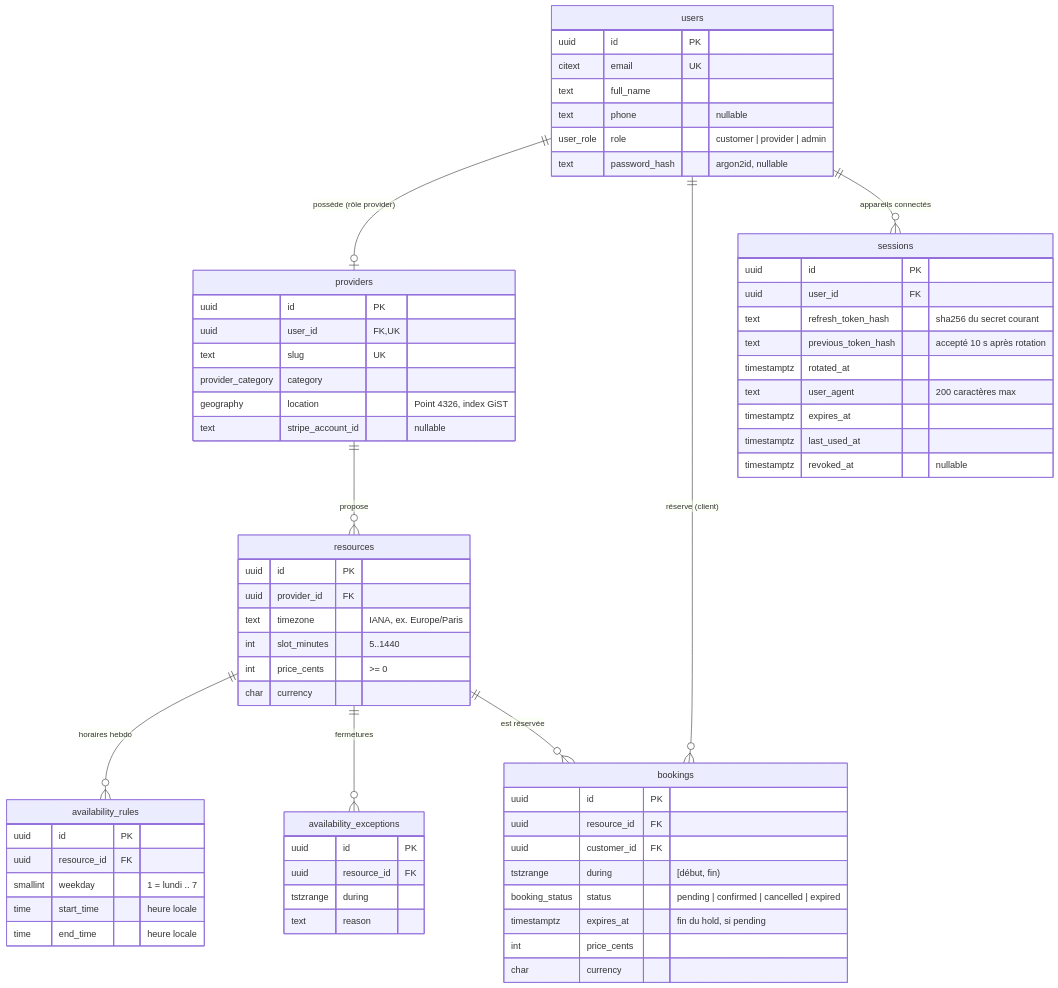
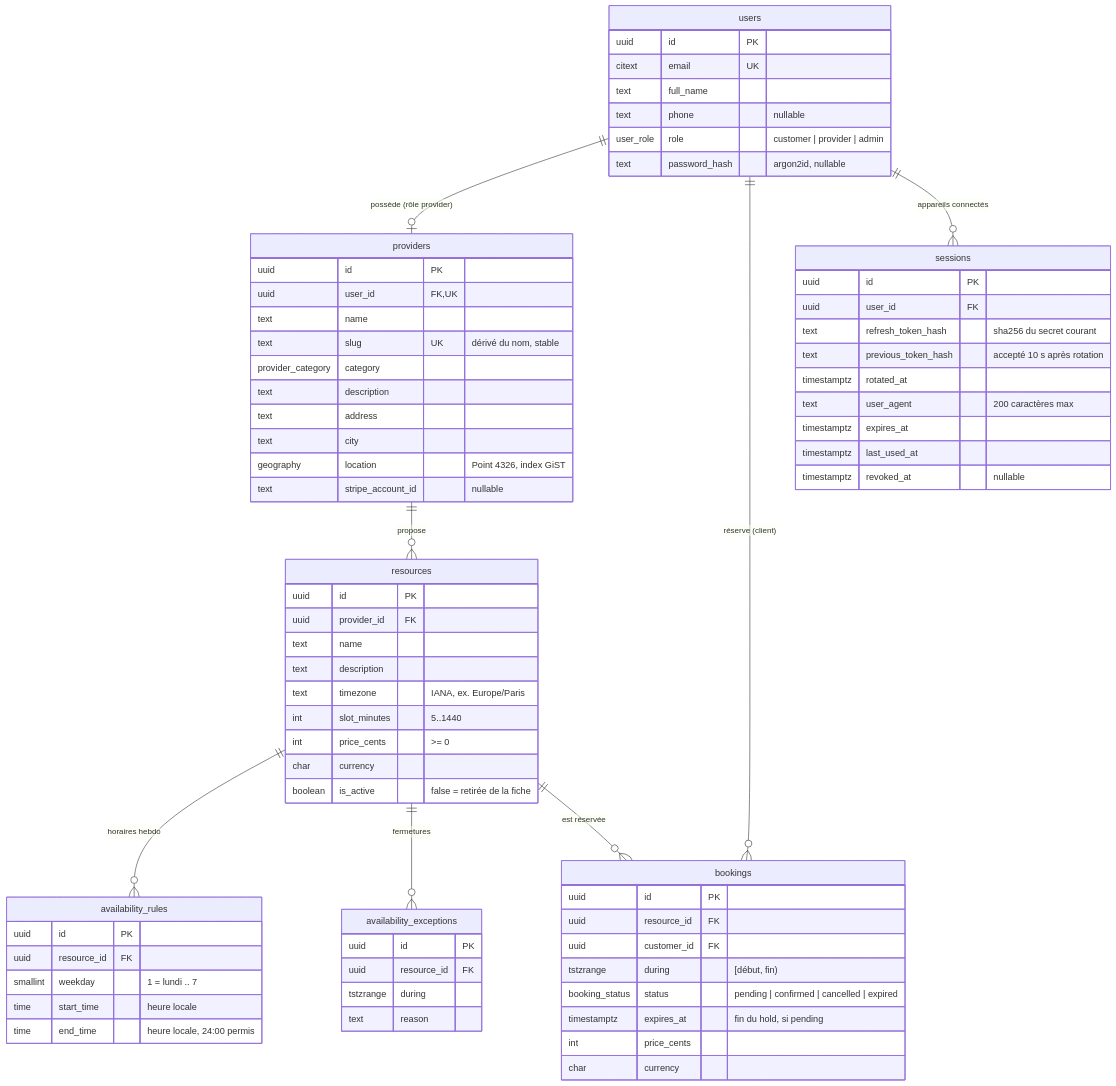
One commit to KasselFelix/Creno changed the diagram in docs/schema.md. Above: the diagram before and after it, drawn with Mermaid. The commit also changed other lines of this file and 3 other files, not shown here.

````diff
--- a/docs/schema.md
+++ b/docs/schema.md
@@ -5,69 +5,76 @@
 ```mermaid
 erDiagram
   users ||--o| providers : "possède (rôle provider)"
   users ||--o{ bookings : "réserve (client)"
   users ||--o{ sessions : "appareils connectés"
   providers ||--o{ resources : propose
   resources ||--o{ availability_rules : "horaires hebdo"
   resources ||--o{ availability_exceptions : fermetures
   resources ||--o{ bookings : "est réservée"
 
   users {
     uuid id PK
     citext email UK
     text full_name
     text phone "nullable"
     user_role role "customer | provider | admin"
     text password_hash "argon2id, nullable"
   }
   sessions {
     uuid id PK
     uuid user_id FK
     text refresh_token_hash "sha256 du secret courant"
     text previous_token_hash "accepté 10 s après rotation"
     timestamptz rotated_at
     text user_agent "200 caractères max"
     timestamptz expires_at
     timestamptz last_used_at
     timestamptz revoked_at "nullable"
   }
   providers {
     uuid id PK
     uuid user_id FK,UK
-    text slug UK
+    text name
+    text slug UK "dérivé du nom, stable"
     provider_category category
+    text description
+    text address
+    text city
     geography location "Point 4326, index GiST"
     text stripe_account_id "nullable"
   }
   resources {
     uuid id PK
     uuid provider_id FK
+    text name
+    text description
     text timezone "IANA, ex. Europe/Paris"
     int slot_minutes "5..1440"
     int price_cents ">= 0"
     char currency
+    boolean is_active "false = retirée de la fiche"
   }
   availability_rules {
     uuid id PK
     uuid resource_id FK
     smallint weekday "1 = lundi .. 7"
     time start_time "heure locale"
-    time end_time "heure locale"
+    time end_time "heure locale, 24:00 permis"
   }
   availability_exceptions {
     uuid id PK
     uuid resource_id FK
     tstzrange during
     text reason
   }
   bookings {
     uuid id PK
     uuid resource_id FK
     uuid customer_id FK
     tstzrange during "[début, fin)"
     booking_status status "pending | confirmed | cancelled | expired"
     timestamptz expires_at "fin du hold, si pending"
     int price_cents
     char currency
   }
 ```
````
